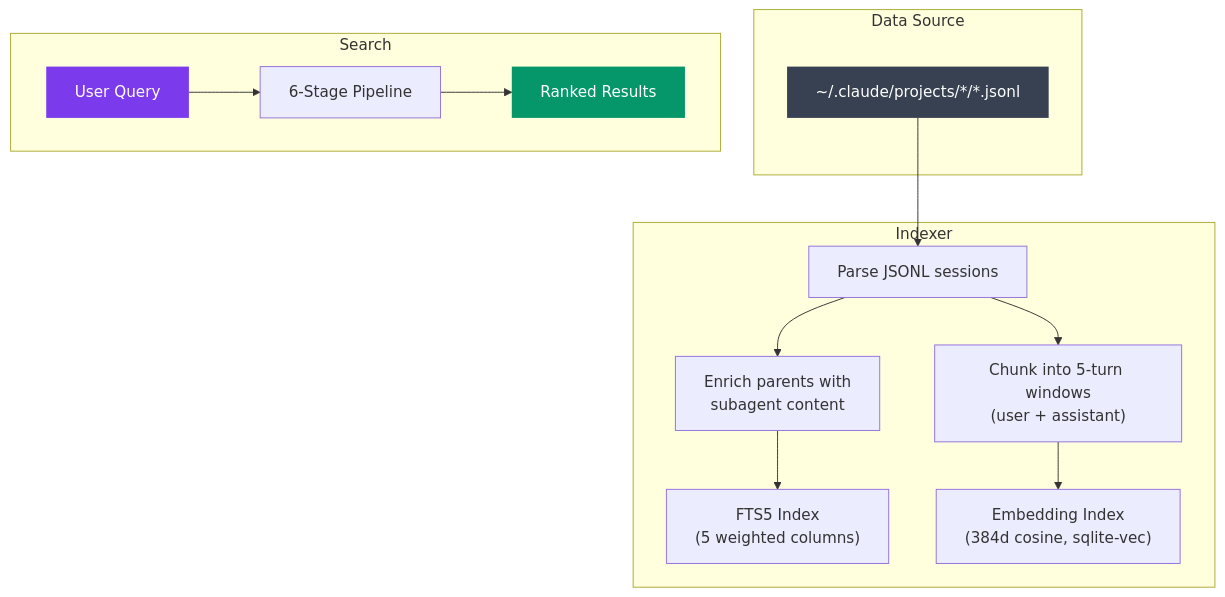
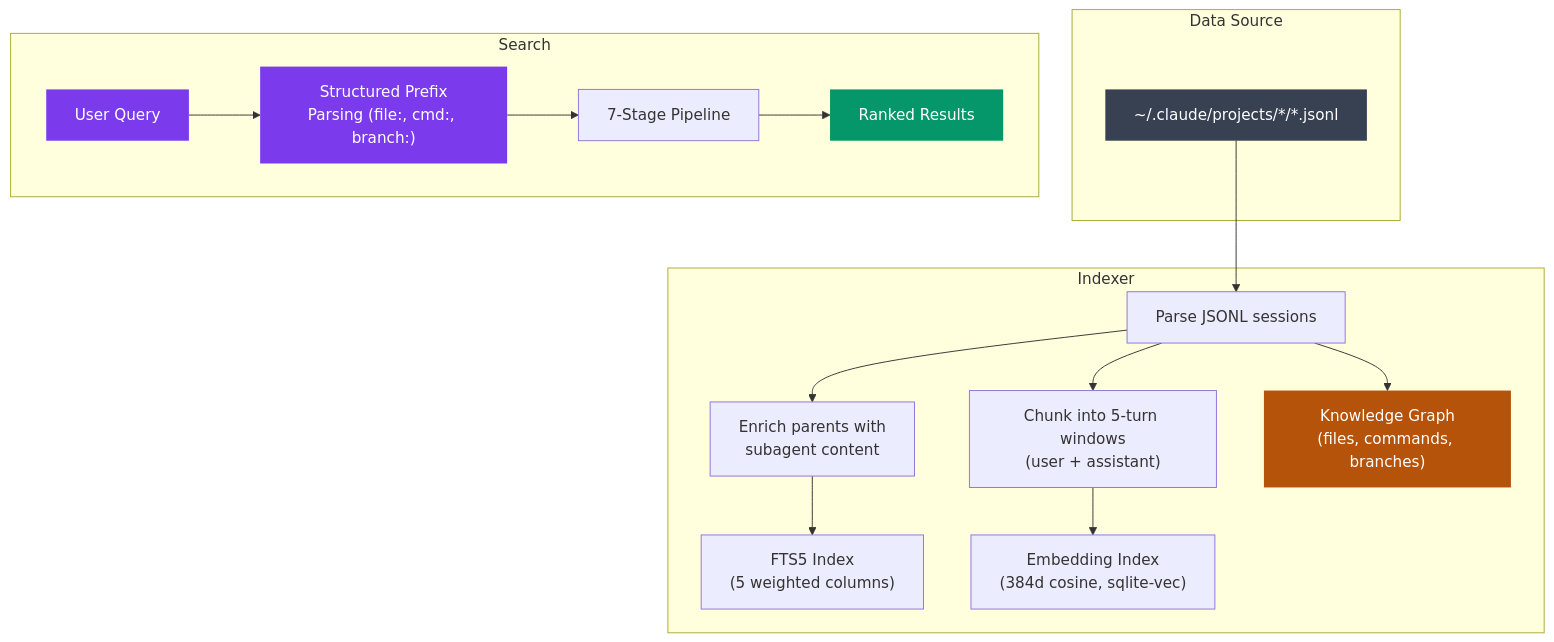
The third of 3 diagrams in README.md (lupuletic/claude-recall), drawn with Mermaid before and after one commit. The commit also changed other lines of this file, not shown here.

First line of the commit message:
Update README with knowledge graph, structured prefixes, updated stats

````diff
--- a/README.md
+++ b/README.md
@@ -168,28 +240,33 @@
 ```mermaid
 graph TD
     subgraph "Data Source"
         JSONL["~/.claude/projects/*/*.jsonl"]
     end
 
     subgraph "Indexer"
         PARSE["Parse JSONL sessions"]
         CHUNK["Chunk into 5-turn windows\n(user + assistant)"]
         ENRICH["Enrich parents with\nsubagent content"]
         FTS_IDX["FTS5 Index\n(5 weighted columns)"]
         VEC_IDX["Embedding Index\n(384d cosine, sqlite-vec)"]
+        KG_IDX["Knowledge Graph\n(files, commands, branches)"]
     end
 
     subgraph "Search"
         QUERY["User Query"]
-        PIPELINE["6-Stage Pipeline"]
+        PREFIX["Structured Prefix\nParsing (file:, cmd:, branch:)"]
+        PIPELINE["7-Stage Pipeline"]
         RESULTS["Ranked Results"]
     end
 
     JSONL --> PARSE --> CHUNK --> VEC_IDX
     PARSE --> ENRICH --> FTS_IDX
-    QUERY --> PIPELINE --> RESULTS
+    PARSE --> KG_IDX
+    QUERY --> PREFIX --> PIPELINE --> RESULTS
 
     style JSONL fill:#374151,color:#fff,stroke:none
     style QUERY fill:#7c3aed,color:#fff,stroke:none
     style RESULTS fill:#059669,color:#fff,stroke:none
+    style KG_IDX fill:#b45309,color:#fff,stroke:none
+    style PREFIX fill:#7c3aed,color:#fff,stroke:none
 ```
````
